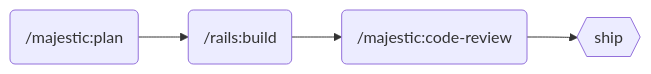
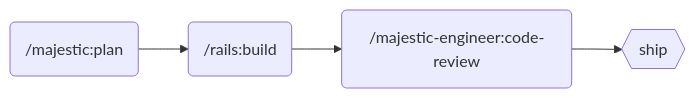
The diagram in plugins/majestic-rails/README.md (majesticlabs-dev/majestic-marketplace), drawn with Mermaid before and after one commit. The commit also changed other lines of this file and 41 other files, not shown here.

````diff
--- a/plugins/majestic-rails/README.md
+++ b/plugins/majestic-rails/README.md
@@ -30,6 +30,6 @@
 ```mermaid
 graph LR
     A(/majestic:plan) --> B(/rails:build)
-    B --> C(/majestic:code-review)
+    B --> C(/majestic-engineer:code-review)
     C --> D{{ship}}
 ```
````
